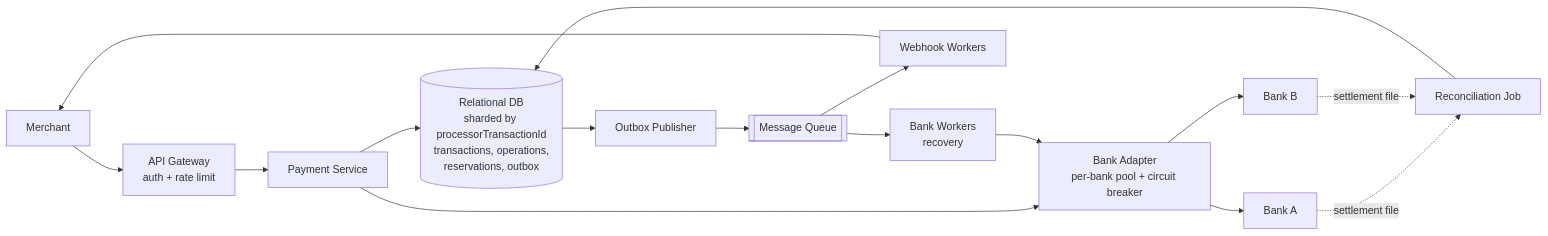
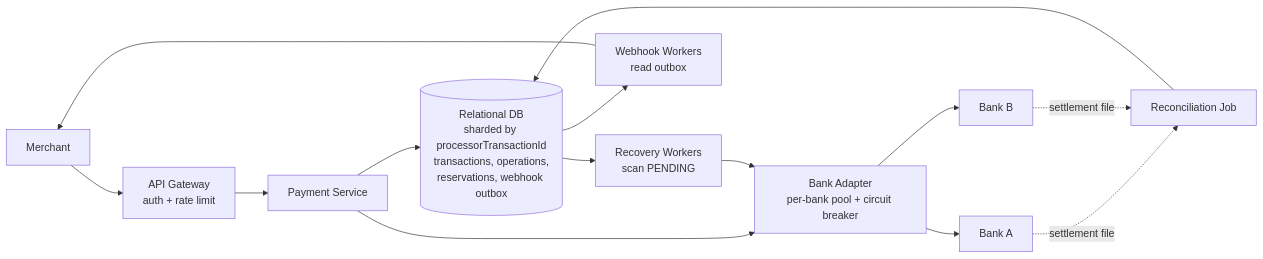
Before and after one commit to lingyun3730/future: the second of 4 diagrams in system-design-prep.md, drawn with Mermaid. The commit also changed other lines of this file, not shown here.

Commit message:
Simplify step 3: key + pending only; outbox only for webhooks

````diff
--- a/system-design-prep.md
+++ b/system-design-prep.md
@@ -698,18 +702,16 @@
 ```mermaid
 flowchart LR
     M[Merchant] --> GW[API Gateway<br/>auth + rate limit]
     GW --> PS[Payment Service]
-    PS --> DB[(Relational DB<br/>sharded by processorTransactionId<br/>transactions, operations,<br/>reservations, outbox)]
-    DB --> PUB[Outbox Publisher]
-    PUB --> Q[[Message Queue]]
-    Q --> BW[Bank Workers<br/>recovery]
-    Q --> WW[Webhook Workers]
+    PS --> DB[(Relational DB<br/>sharded by processorTransactionId<br/>transactions, operations,<br/>reservations, webhook outbox)]
+    DB --> BW[Recovery Workers<br/>scan PENDING]
+    DB --> WW[Webhook Workers<br/>read outbox]
     PS --> BA[Bank Adapter<br/>per-bank pool + circuit breaker]
     BW --> BA
     BA --> B1[Bank A]
     BA --> B2[Bank B]
     WW --> M
     REC[Reconciliation Job] --> DB
     B1 -.settlement file.-> REC
     B2 -.settlement file.-> REC
 ```
````
